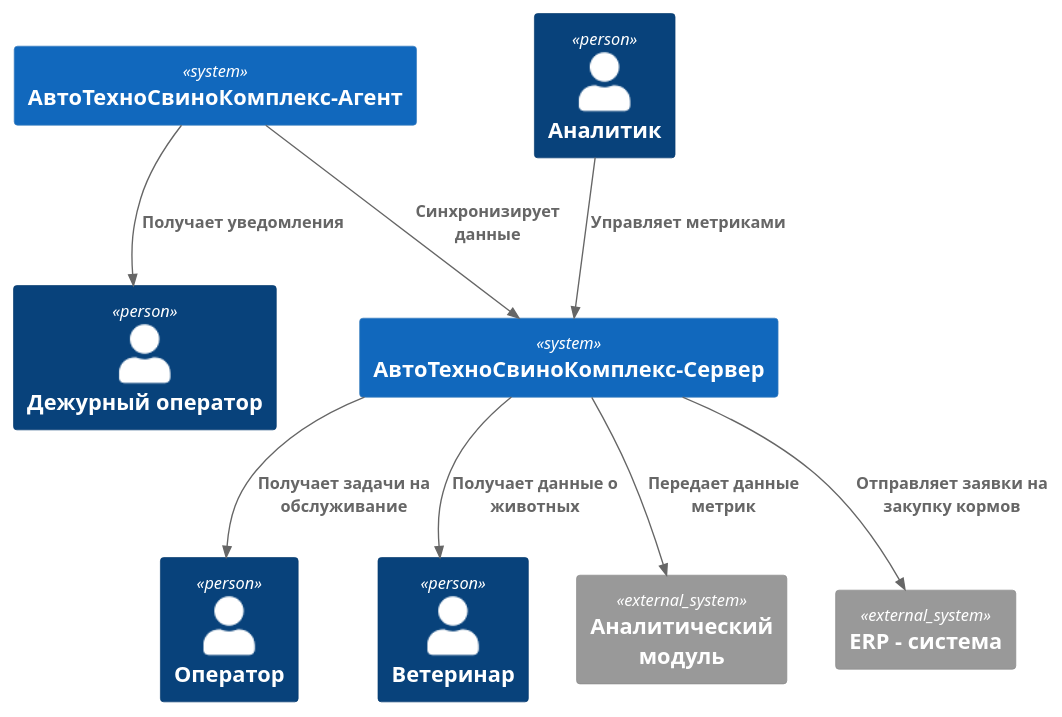
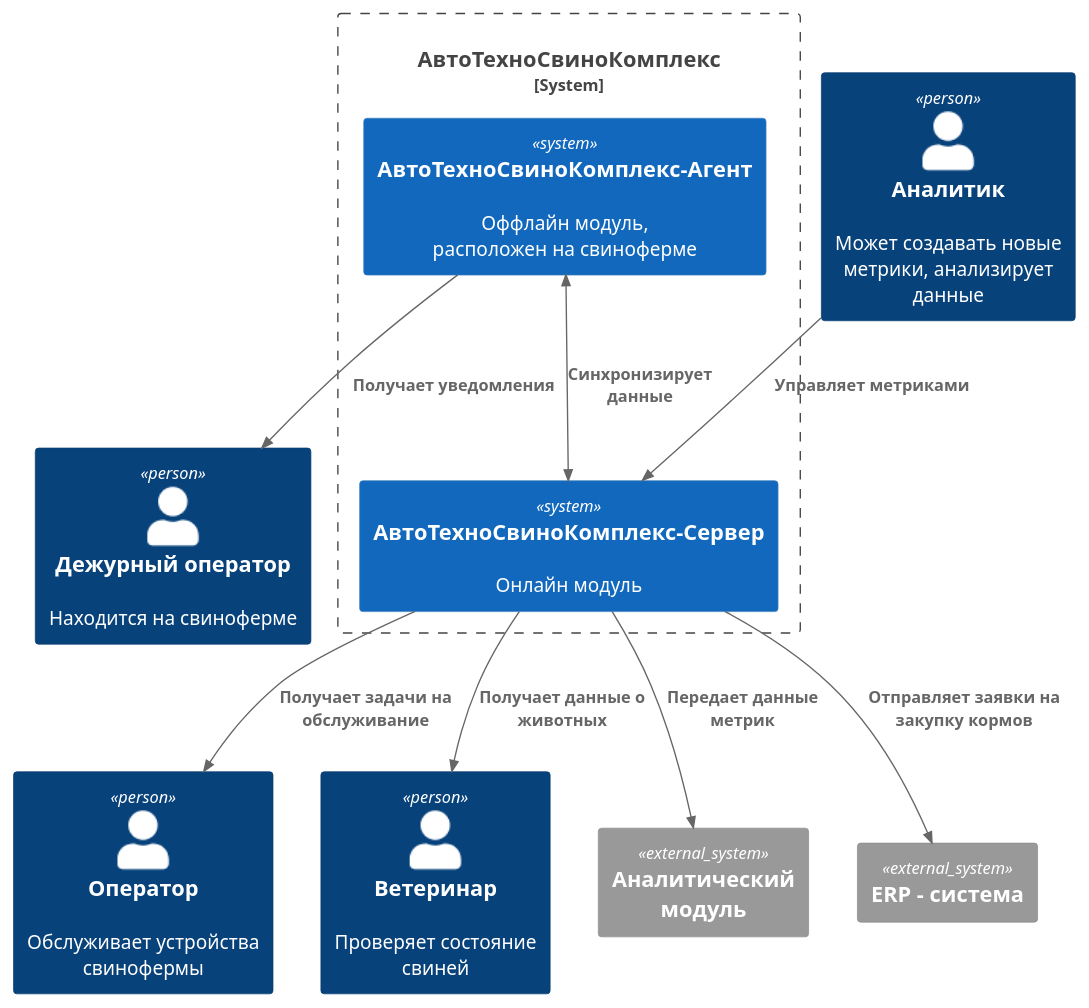
One commit to mirray/MSA-AgroTech changed the diagram in Task1/ATCK_C4_Context.puml. Above: the diagram before and after it, drawn with PlantUML. The commit also changed 1 other file, not shown here.

```diff
--- a/Task1/ATCK_C4_Context.puml
+++ b/Task1/ATCK_C4_Context.puml
@@ -1,23 +1,24 @@
 @startuml Архитектура_АвтоТехноСвиноКомплекс_v1
 !include <C4/C4_Context>
 
-Person(duty_operator, "Дежурный оператор")
-Person(operator, "Оператор")
-Person(analytic, "Аналитик")
-Person(vet, "Ветеринар")
+Person(duty_operator, "Дежурный оператор", "Находится на свиноферме")
+Person(analytic, "Аналитик", "Может создавать новые метрики, анализирует данные")
+Person(operator, "Оператор", "Обслуживает устройства свинофермы")
+Person(vet, "Ветеринар", "Проверяет состояние свиней")
 
-System(atck_agent, "АвтоТехноСвиноКомплекс-Агент")
-System(atck_server, "АвтоТехноСвиноКомплекс-Сервер")
-Rel(atck_agent, atck_server, "Синхронизирует данные")
+System_Boundary(atck, "АвтоТехноСвиноКомплекс"){
+    System(atck_agent, "АвтоТехноСвиноКомплекс-Агент", "Оффлайн модуль, расположен на свиноферме")
+    System(atck_server, "АвтоТехноСвиноКомплекс-Сервер", "Онлайн модуль")
+    BiRel(atck_agent, atck_server, "Синхронизирует данные")
+}
+System_Ext(analytic_module, "Аналитический модуль")
+System_Ext(erp, "ERP - система")
 
 Rel(atck_agent, duty_operator, "Получает уведомления")
 Rel(atck_server, operator, "Получает задачи на обслуживание")
 Rel(atck_server, vet, "Получает данные о животных")
 Rel(analytic, atck_server, "Управляет метриками")
-
-System_Ext(analytic_module, "Аналитический модуль")
-System_Ext(erp, "ERP - система")
-
 Rel(atck_server, analytic_module, "Передает данные метрик")
 Rel(atck_server, erp, "Отправляет заявки на закупку кормов")
+
 @enduml
```
